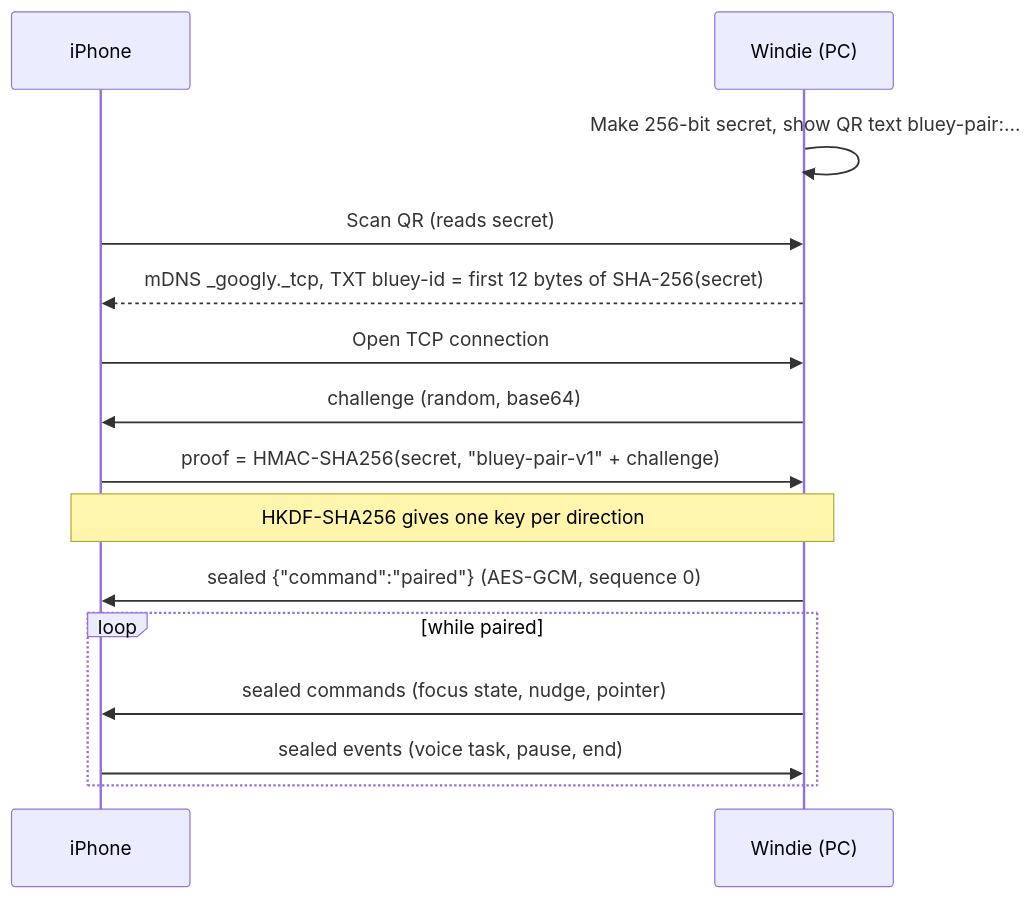
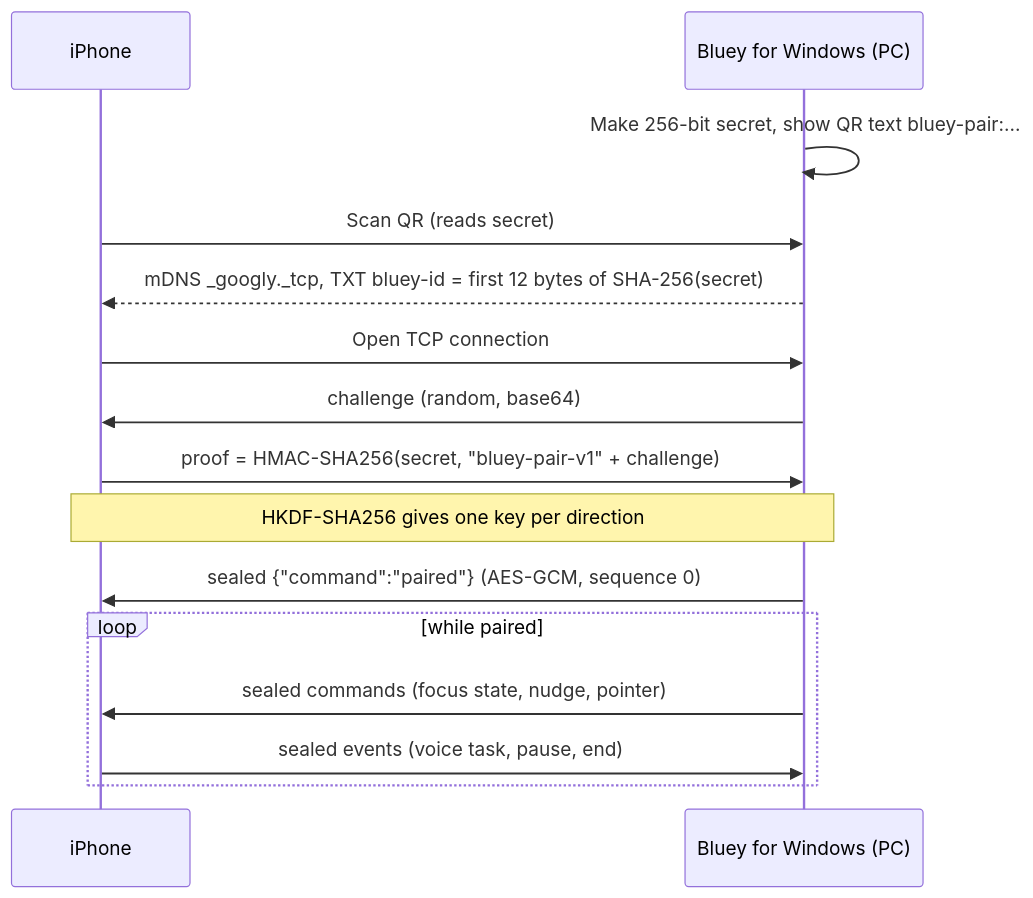
The second of 4 diagrams in README.md (az9713/bluey-for-windows), drawn with Mermaid before and after one commit. The commit also changed other lines of this file and 6 other files, not shown here.

First line of the commit message:
Replace Windie with Bluey for Windows in README and docs; rename demo files

````diff
--- a/README.md
+++ b/README.md
@@ -73,17 +73,17 @@
 ```mermaid
 sequenceDiagram
   participant P as iPhone
-  participant W as Windie (PC)
+  participant W as Bluey for Windows (PC)
   W->>W: Make 256-bit secret, show QR text bluey-pair:...
   P->>W: Scan QR (reads secret)
   W-->>P: mDNS _googly._tcp, TXT bluey-id = first 12 bytes of SHA-256(secret)
   P->>W: Open TCP connection
   W->>P: challenge (random, base64)
   P->>W: proof = HMAC-SHA256(secret, "bluey-pair-v1" + challenge)
   Note over P,W: HKDF-SHA256 gives one key per direction
   W->>P: sealed {"command":"paired"} (AES-GCM, sequence 0)
   loop while paired
     W->>P: sealed commands (focus state, nudge, pointer)
     P->>W: sealed events (voice task, pause, end)
   end
 ```
````
